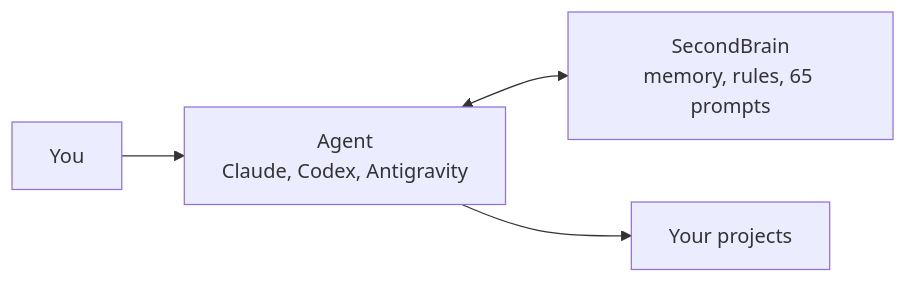
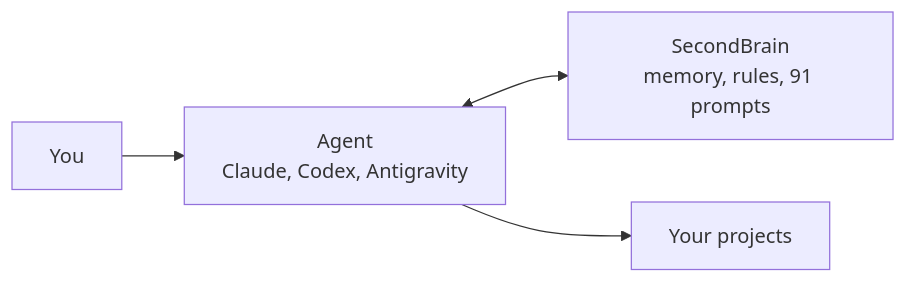
Before and after one commit to dennidalpos/secondbrain: the first of 2 diagrams in README.md, drawn with Mermaid. The commit also changed other lines of this file and 248 other files, not shown here.

````diff
--- a/README.md
+++ b/README.md
@@ -11,6 +11,6 @@
 ```mermaid
 flowchart LR
     T["You"] --> A["Agent<br/>Claude, Codex, Antigravity"]
-    A <--> S["SecondBrain<br/>memory, rules, 65 prompts"]
+    A <--> S["SecondBrain<br/>memory, rules, 91 prompts"]
     A --> P["Your projects"]
 ```
````
